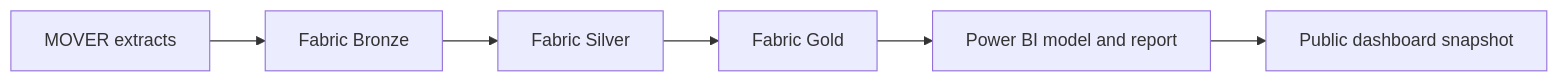
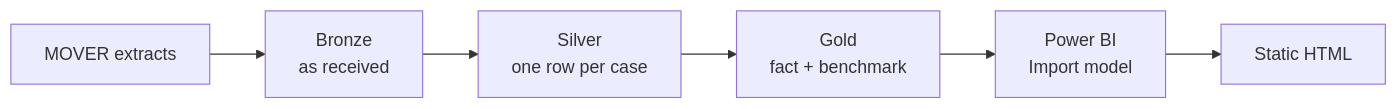
One commit to thrinesh13/OR-Scheduling-Reliability-Analytics changed the diagram in README.md. Above: the diagram before and after it, drawn with Mermaid. The commit also changed other lines of this file, not shown here.

````diff
--- a/README.md
+++ b/README.md
@@ -57,8 +56,8 @@
 ```mermaid
 flowchart LR
-    A[MOVER extracts] --> B[Fabric Bronze]
-    B --> C[Fabric Silver]
-    C --> D[Fabric Gold]
-    D --> E[Power BI model and report]
-    E --> F[Public dashboard snapshot]
+    A[MOVER extracts] --> B[Bronze<br/>as received]
+    B --> C[Silver<br/>one row per case]
+    C --> D[Gold<br/>fact + benchmark]
+    D --> E[Power BI<br/>Import model]
+    E --> F[Static HTML]
 ```
````
